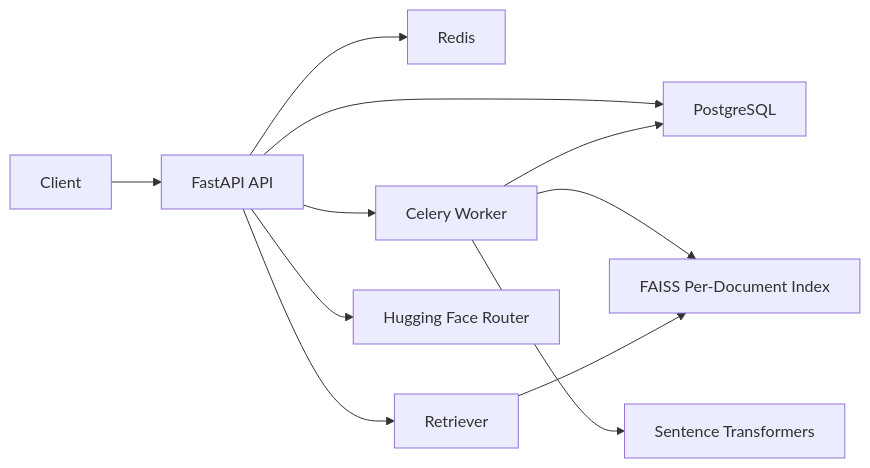
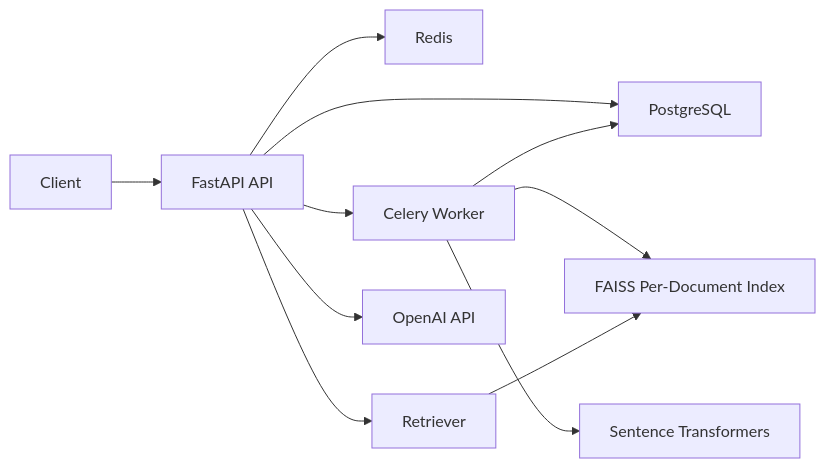
The diagram in README.md (gajulasaikumar/Smart-Document-Q-A-System), drawn with Mermaid before and after one commit. The commit also changed other lines of this file and 5 other files, not shown here.

Commit message:
Make OpenAI default and keep Hugging Face for live demo

````diff
--- a/README.md
+++ b/README.md
@@ -26,13 +26,13 @@
 ```mermaid
 flowchart LR
     U["Client"] --> A["FastAPI API"]
     A --> P["PostgreSQL"]
     A --> R["Redis"]
     A --> W["Celery Worker"]
     W --> P
     W --> F["FAISS Per-Document Index"]
     W --> E["Sentence Transformers"]
     A --> Q["Retriever"]
     Q --> F
-    A --> O["Hugging Face Router"]
+    A --> O["OpenAI API"]
 ```
````
